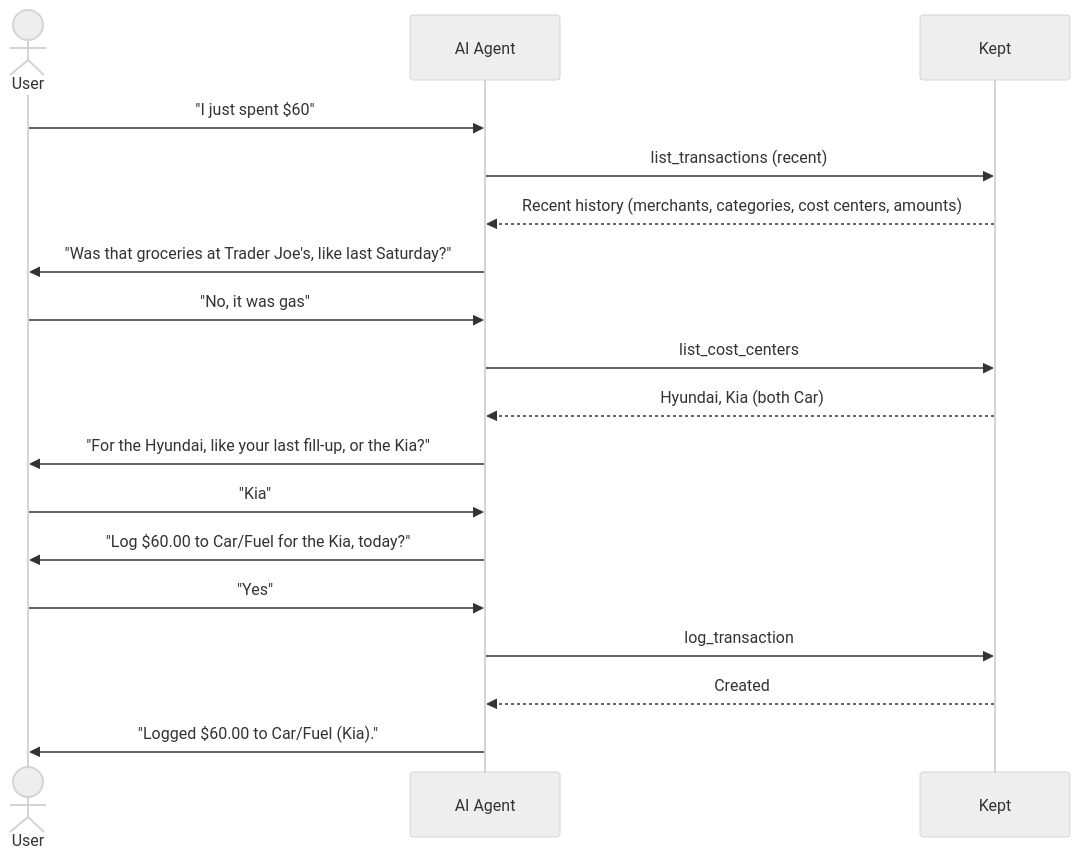
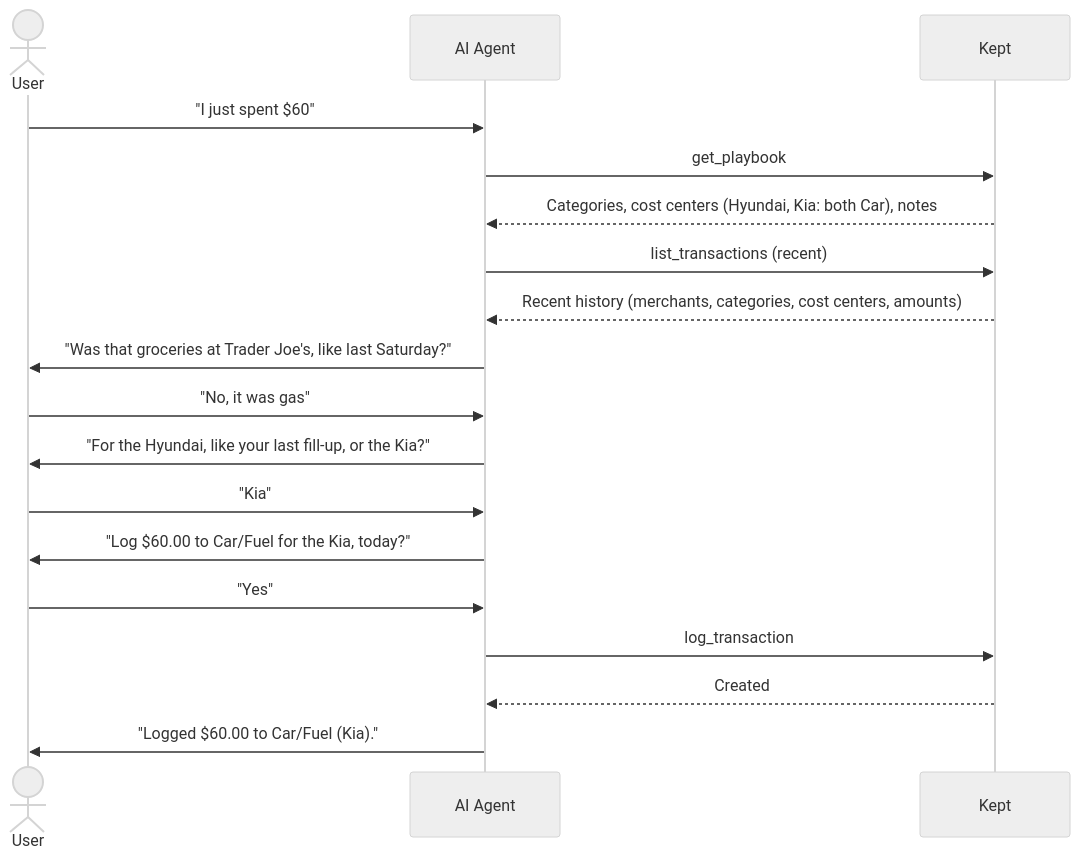
The first of 3 diagrams in docs/VISION.md (np25071984/kept), drawn with Mermaid (neutral theme) before and after one commit. The commit also changed 6 other files, not shown here.

````diff
--- a/docs/VISION.md
+++ b/docs/VISION.md
@@ -40,21 +40,21 @@
 ```mermaid
 sequenceDiagram
     actor User
     participant AI as AI Agent
     participant K as Kept
 
     User->>AI: "I just spent $60"
+    AI->>K: get_playbook
+    K-->>AI: Categories, cost centers (Hyundai, Kia: both Car), notes
     AI->>K: list_transactions (recent)
     K-->>AI: Recent history (merchants, categories, cost centers, amounts)
     AI->>User: "Was that groceries at Trader Joe's, like last Saturday?"
     User->>AI: "No, it was gas"
-    AI->>K: list_cost_centers
-    K-->>AI: Hyundai, Kia (both Car)
     AI->>User: "For the Hyundai, like your last fill-up, or the Kia?"
     User->>AI: "Kia"
     AI->>User: "Log $60.00 to Car/Fuel for the Kia, today?"
     User->>AI: "Yes"
     AI->>K: log_transaction
     K-->>AI: Created
     AI->>User: "Logged $60.00 to Car/Fuel (Kia)."
 ```
````
